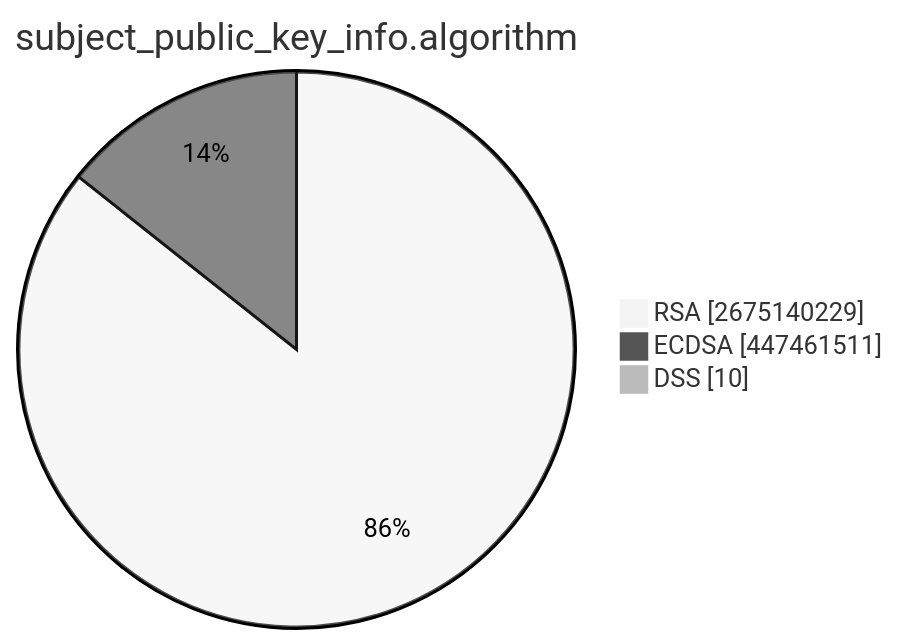
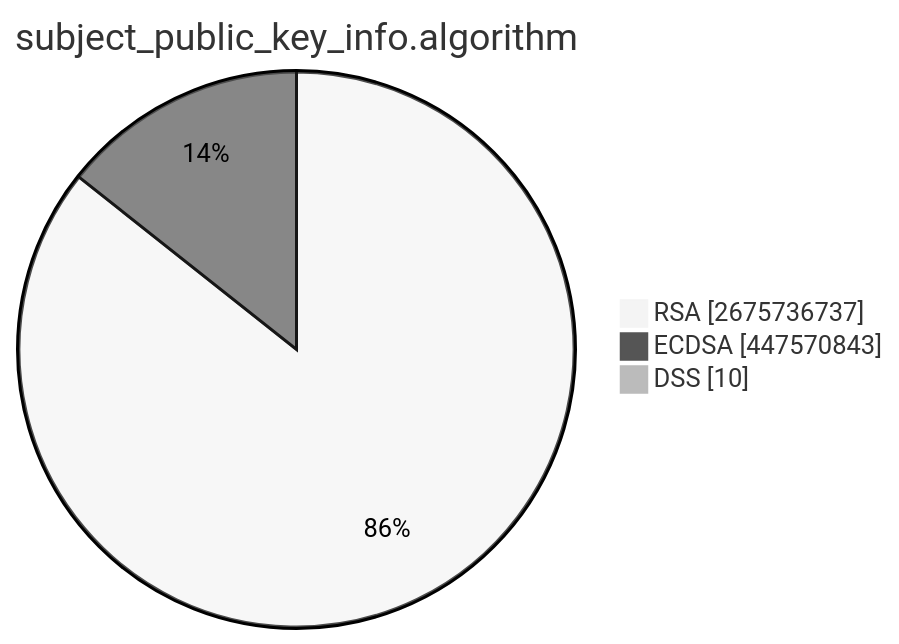
The second of 15 diagrams in TOTAL/README.md (christiankrug/ctmonitor_visualization), drawn with Mermaid (neutral theme) before and after one commit. The commit also changed other lines of this file, not shown here.

````diff
--- a/TOTAL/README.md
+++ b/TOTAL/README.md
@@ -6,7 +6,7 @@
 ```mermaid
 pie showData
 title subject_public_key_info.algorithm
-"RSA" :2675140229
-"ECDSA" :447461511
+"RSA" :2675736737
+"ECDSA" :447570843
 "DSS" :10
 ```
````
